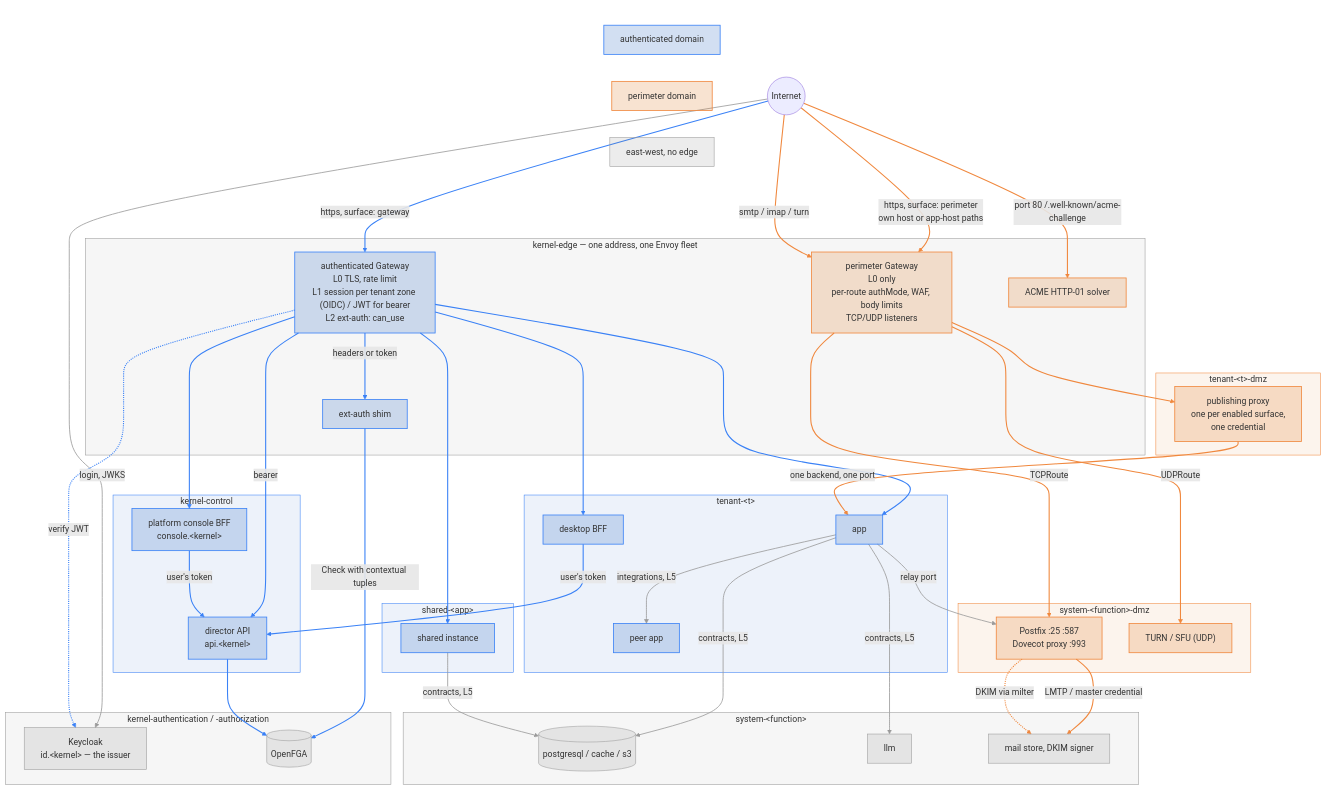
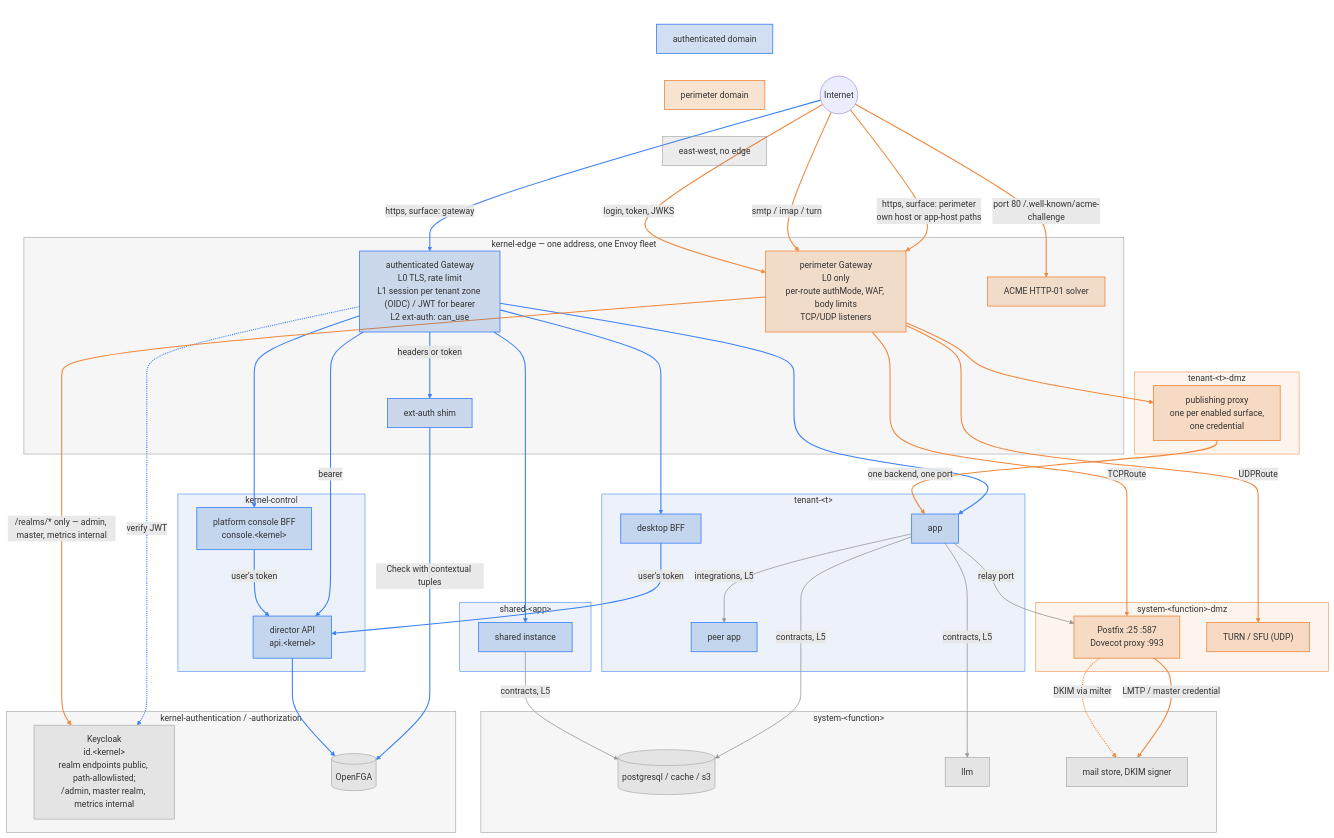
One commit to gentian-org/gentian-os changed the diagram in docs/plans/networking.md. Above: the diagram before and after it, drawn with Mermaid. The commit also changed other lines of this file, not shown here.

Commit message:
docs(networking): the issuer is a kernel-owned perimeter surface — path-allowlisted, admin internal, drawn orange

````diff
--- a/docs/plans/networking.md
+++ b/docs/plans/networking.md
@@ -64,7 +64,7 @@
     end
 
     subgraph KAUTH["kernel-authentication / -authorization"]
-        KC["Keycloak<br/>id.&lt;kernel&gt; — the issuer"]
+        KC["Keycloak<br/>id.&lt;kernel&gt;<br/>realm endpoints public, path-allowlisted;<br/>/admin, master realm, metrics internal"]
         FGA[("OpenFGA")]
     end
 
@@ -101,7 +101,7 @@
     NET -->|"https, surface: gateway"| AG
     NET -->|"https, surface: perimeter<br/>own host or app-host paths"| PG
     NET -->|"smtp / imap / turn"| PG
-    NET -->|"login, JWKS"| KC
+    NET -->|"login, token, JWKS"| PG
     NET -->|"port 80 /.well-known/acme-challenge"| ACME
 
     AG -. "verify JWT" .-> KC
@@ -131,6 +131,7 @@
     APP -->|"relay port"| MTA
     APP -->|"integrations, L5"| PEER
     SAPP -->|"contracts, L5"| DB
+    PG -->|"/realms/* only — admin, master, metrics internal"| KC
 
     classDef auth fill:#1f5fbf33,stroke:#3b82f6,stroke-width:1.5px
     classDef perim fill:#d9731a33,stroke:#f0883e,stroke-width:1.5px
@@ -148,6 +149,6 @@
     style SYS fill:#80808012,stroke:#9a9a9a
     style LEGEND fill:none,stroke:none
     linkStyle 0,5,6,7,8,9,10,11,12,19,20,21 stroke:#3b82f6,stroke-width:2px
-    linkStyle 1,2,4,13,14,15,16,17,18 stroke:#f0883e,stroke-width:2px
-    linkStyle 3,22,23,24,25,26 stroke:#9a9a9a,stroke-width:1.5px
+    linkStyle 1,2,3,4,13,14,15,16,17,18,27 stroke:#f0883e,stroke-width:2px
+    linkStyle 22,23,24,25,26 stroke:#9a9a9a,stroke-width:1.5px
 ```
````
